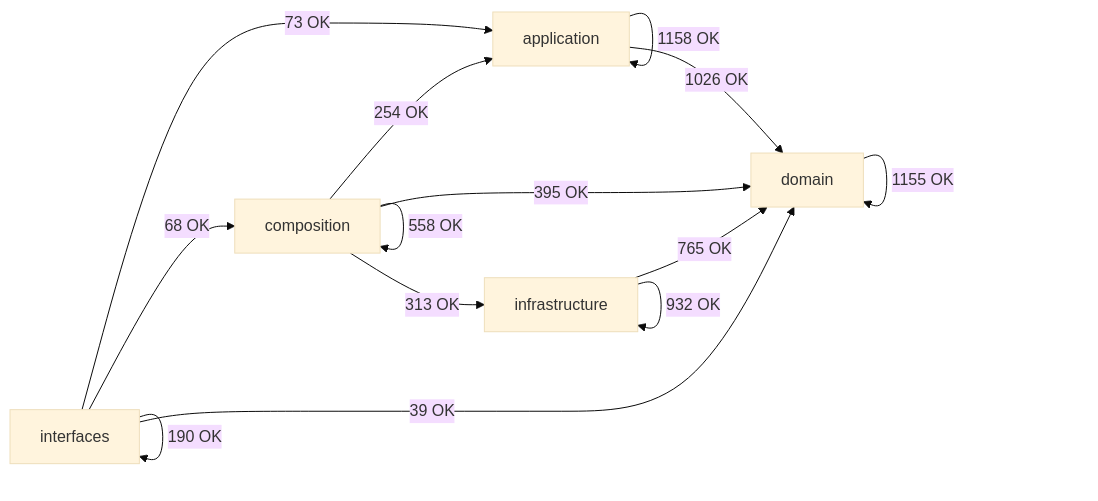
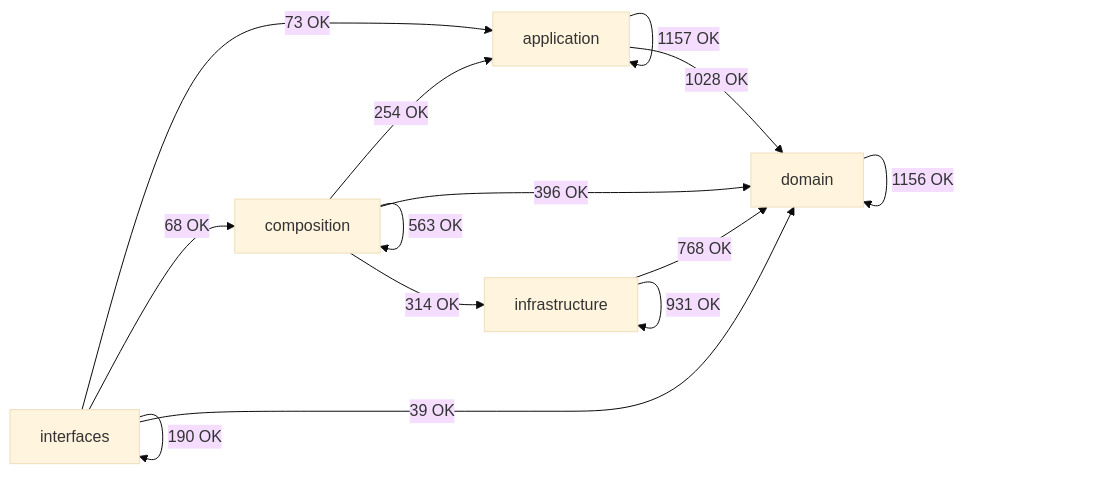
One commit to SatoryKono/BioactivityDataAcquisition changed the diagram in docs/02-architecture/generated/module-dependency-map.md. Above: the diagram before and after it, drawn with Mermaid (base theme). The commit also changed other lines of this file and 18 other files, not shown here.

````diff
--- a/docs/02-architecture/generated/module-dependency-map.md
+++ b/docs/02-architecture/generated/module-dependency-map.md
@@ -17,21 +17,21 @@
 ```mermaid
 flowchart LR
     domain[domain]
     application[application]
     infrastructure[infrastructure]
     composition[composition]
     interfaces[interfaces]
-    application -->|1158 OK| application
-    application -->|1026 OK| domain
+    application -->|1157 OK| application
+    application -->|1028 OK| domain
     composition -->|254 OK| application
-    composition -->|558 OK| composition
-    composition -->|395 OK| domain
-    composition -->|313 OK| infrastructure
-    domain -->|1155 OK| domain
-    infrastructure -->|765 OK| domain
-    infrastructure -->|932 OK| infrastructure
+    composition -->|563 OK| composition
+    composition -->|396 OK| domain
+    composition -->|314 OK| infrastructure
+    domain -->|1156 OK| domain
+    infrastructure -->|768 OK| domain
+    infrastructure -->|931 OK| infrastructure
     interfaces -->|73 OK| application
     interfaces -->|68 OK| composition
     interfaces -->|39 OK| domain
     interfaces -->|190 OK| interfaces
 ```
````
